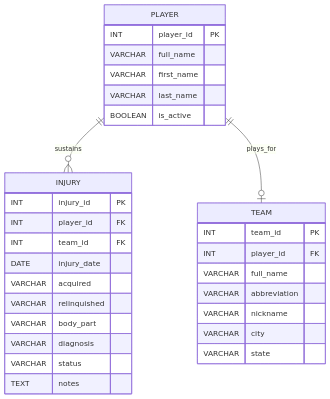
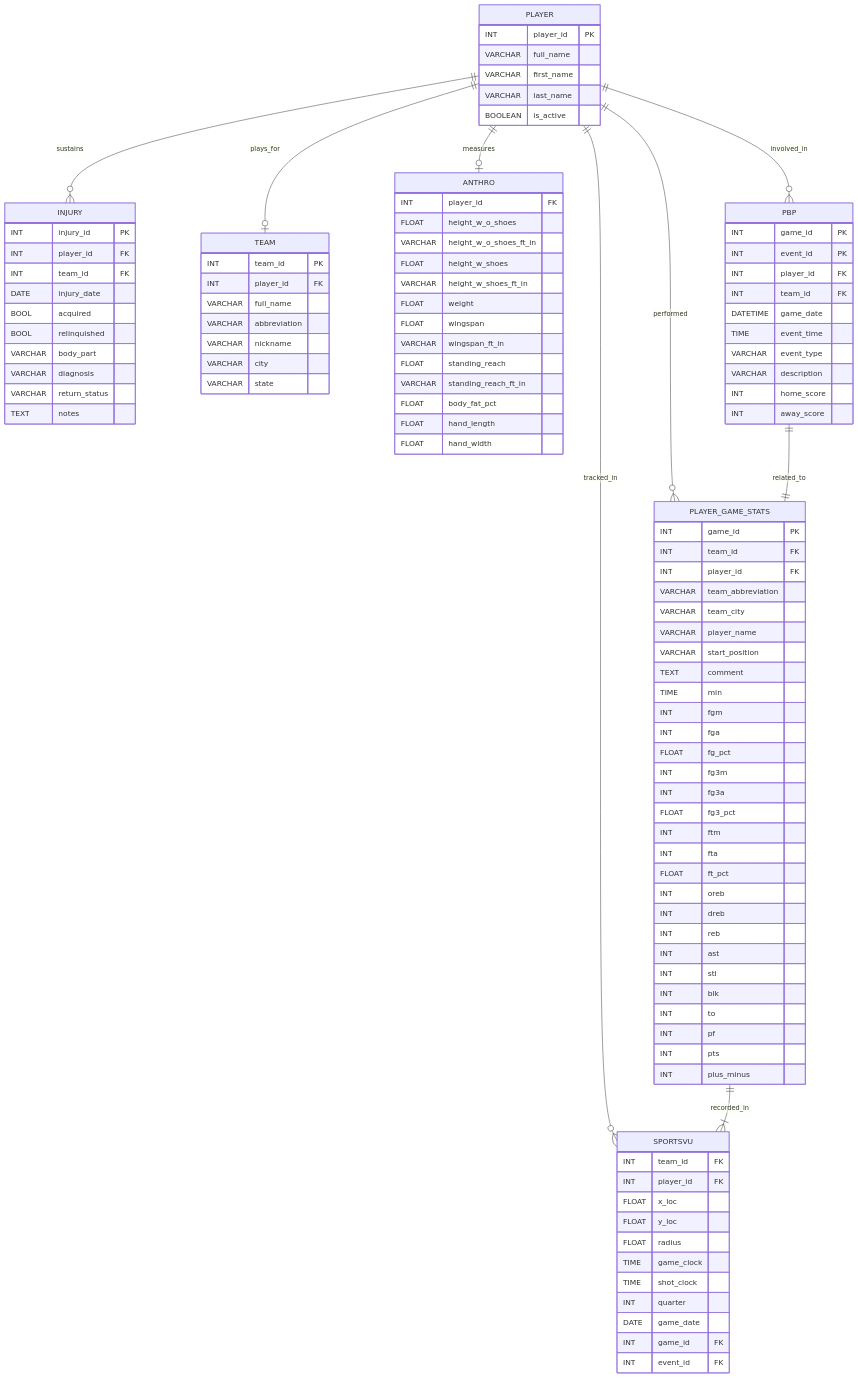
One commit to YusufAlam1/BALL changed the diagram in INJURY_SCHEMA.md. Above: the diagram before and after it, drawn with Mermaid.

Commit message:
incorporating new datasets to schema

````diff
--- a/INJURY_SCHEMA.md
+++ b/INJURY_SCHEMA.md
@@ -2,6 +2,12 @@
 erDiagram
     PLAYER ||--o{ INJURY : sustains
     PLAYER ||--o| TEAM : plays_for
+    PLAYER ||--o| ANTHRO : measures
+    PLAYER ||--o{ PLAYER_GAME_STATS : performed
+    PLAYER ||--o{ SPORTSVU : tracked_in
+    PLAYER_GAME_STATS ||--|{ SPORTSVU : recorded_in
+    PLAYER ||--o{ PBP : involved_in
+    PBP ||--|| PLAYER_GAME_STATS : related_to   
 
     PLAYER {
         INT player_id PK
@@ -9,6 +15,22 @@
         VARCHAR first_name
         VARCHAR last_name
         BOOLEAN is_active
+    }
+
+    ANTHRO {
+        INT player_id FK
+        FLOAT height_w_o_shoes
+        VARCHAR height_w_o_shoes_ft_in
+        FLOAT height_w_shoes
+        VARCHAR height_w_shoes_ft_in
+        FLOAT weight
+        FLOAT wingspan
+        VARCHAR wingspan_ft_in
+        FLOAT standing_reach
+        VARCHAR standing_reach_ft_in
+        FLOAT body_fat_pct
+        FLOAT hand_length
+        FLOAT hand_width
     }
 
     TEAM {
@@ -26,12 +48,70 @@
         INT player_id FK
         INT team_id   FK    
         DATE injury_date
-        VARCHAR acquired
-        VARCHAR relinquished
+        BOOL acquired
+        BOOL relinquished
         VARCHAR body_part   
         VARCHAR diagnosis   
-        VARCHAR status 
+        VARCHAR return_status 
         %%[ 'GTD', 'DTD', 'out-for-season' ]
         TEXT notes
     }
+
+    PLAYER_GAME_STATS {
+        INT game_id PK
+        INT team_id FK
+        INT player_id FK
+        VARCHAR team_abbreviation
+        VARCHAR team_city
+        VARCHAR player_name
+        VARCHAR start_position
+        TEXT comment
+        TIME min
+        INT fgm
+        INT fga
+        FLOAT fg_pct
+        INT fg3m
+        INT fg3a
+        FLOAT fg3_pct
+        INT ftm
+        INT fta
+        FLOAT ft_pct
+        INT oreb
+        INT dreb
+        INT reb
+        INT ast
+        INT stl
+        INT blk
+        INT to
+        INT pf
+        INT pts
+        INT plus_minus
+    }
+
+    SPORTSVU {
+        INT team_id FK
+        INT player_id FK
+        FLOAT x_loc
+        FLOAT y_loc
+        FLOAT radius
+        TIME game_clock
+        TIME shot_clock
+        INT quarter
+        DATE game_date
+        INT game_id FK
+        INT event_id FK
+    }
+
+    PBP {
+        INT game_id PK
+        INT event_id PK
+        INT player_id FK
+        INT team_id FK
+        DATETIME game_date
+        TIME event_time
+        VARCHAR event_type
+        VARCHAR description
+        INT home_score
+        INT away_score
+    }
 ```
````
